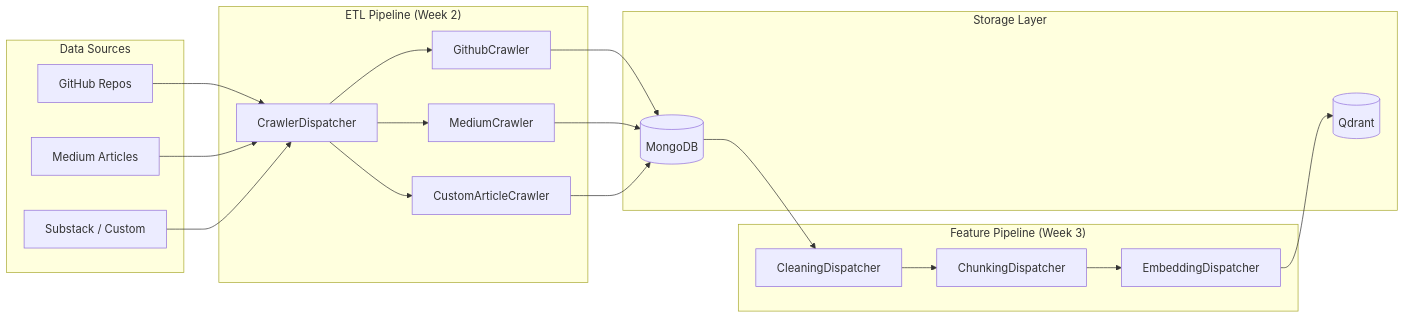
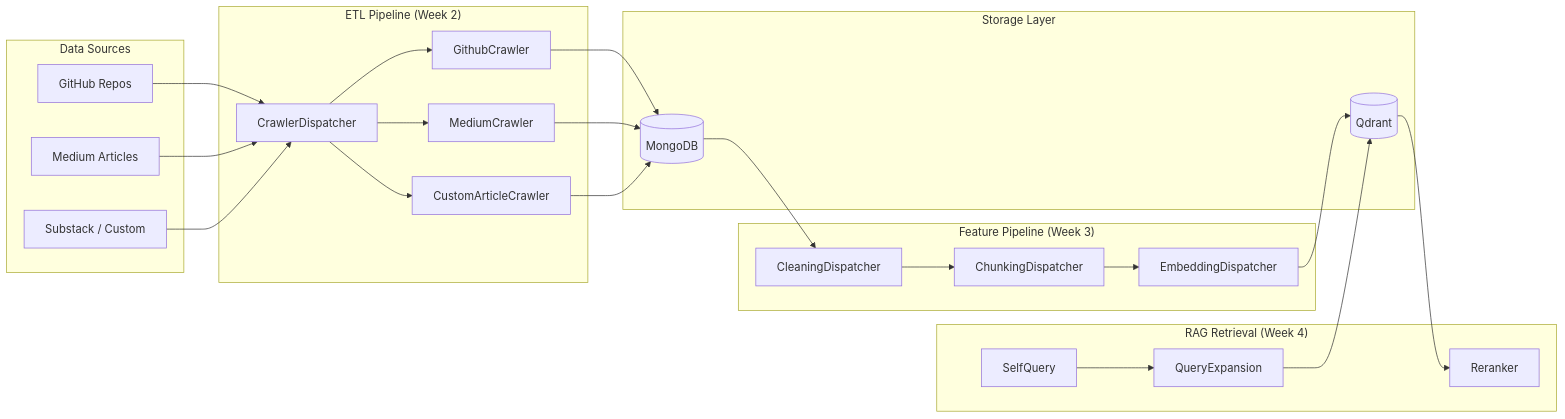
Before and after one commit to sh-arka22/MoodSwarm-LLM: the first of 12 diagrams in README.md, drawn with Mermaid. The commit also changed other lines of this file and 4 other files, not shown here.

````diff
--- a/README.md
+++ b/README.md
@@ -25,34 +25,42 @@
 ```mermaid
 graph LR
     subgraph "Data Sources"
         GH["GitHub Repos"]
         MD["Medium Articles"]
         SS["Substack / Custom"]
     end
 
     subgraph "ETL Pipeline (Week 2)"
         D[CrawlerDispatcher]
         GC[GithubCrawler]
         MC[MediumCrawler]
         CC[CustomArticleCrawler]
     end
 
     subgraph "Feature Pipeline (Week 3)"
         Clean["CleaningDispatcher"]
         Chunk["ChunkingDispatcher"]
         Embed["EmbeddingDispatcher"]
     end
 
+    subgraph "RAG Retrieval (Week 4)"
+        SQ["SelfQuery"]
+        QE["QueryExpansion"]
+        RR["Reranker"]
+    end
+
     subgraph "Storage Layer"
         Mongo[(MongoDB)]
         Qdrant[(Qdrant)]
     end
 
     GH --> D
     MD --> D
     SS --> D
     D --> GC --> Mongo
     D --> MC --> Mongo
     D --> CC --> Mongo
     Mongo --> Clean --> Chunk --> Embed --> Qdrant
+    SQ --> QE --> Qdrant
+    Qdrant --> RR
 ```
````
